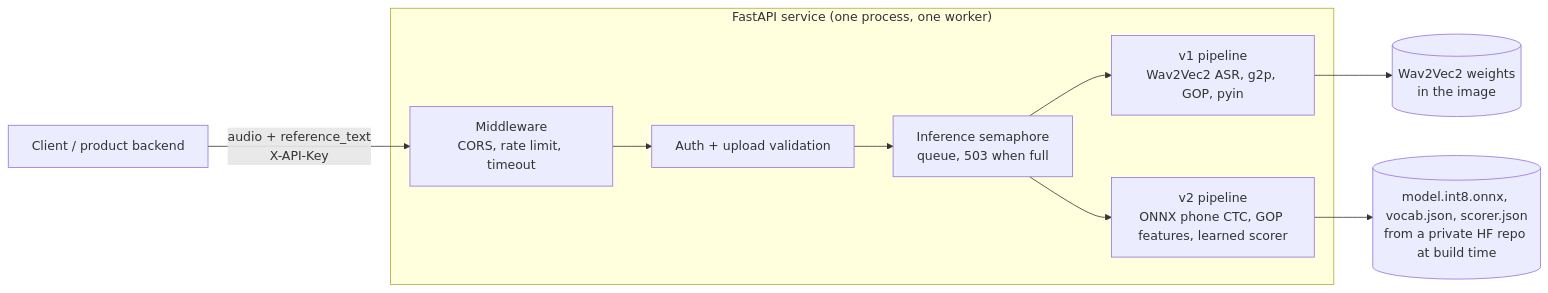
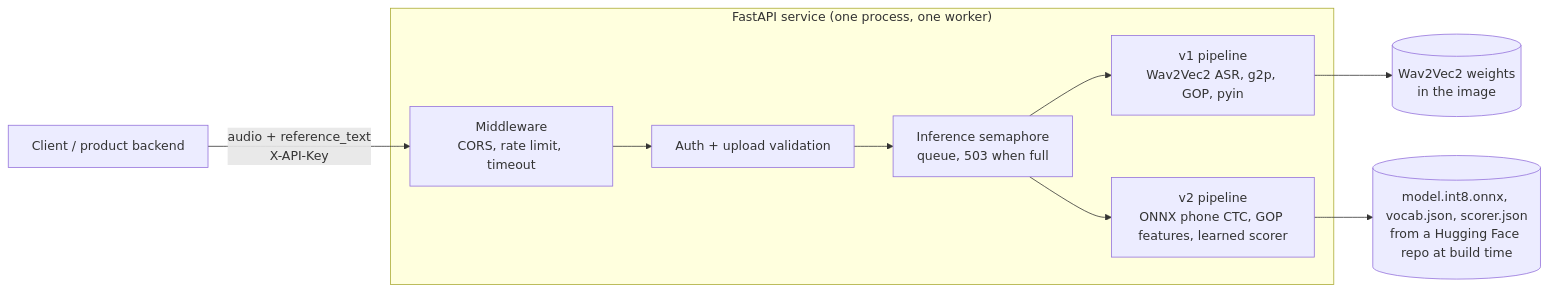
One commit to dris1153/pronunciation-service changed the first of 2 diagrams in README.md. Above: the diagram before and after it, drawn with Mermaid. The commit also changed other lines of this file and 12 other files, not shown here.

First line of the commit message:
docs: v2 model repo is public, HF token is optional

````diff
--- a/README.md
+++ b/README.md
@@ -49,12 +49,12 @@
 ```mermaid
 flowchart LR
     client["Client / product backend"] -->|"audio + reference_text<br/>X-API-Key"| mw
     subgraph svc["FastAPI service (one process, one worker)"]
         mw["Middleware<br/>CORS, rate limit, timeout"] --> val["Auth + upload validation"]
         val --> sem["Inference semaphore<br/>queue, 503 when full"]
         sem --> v1["v1 pipeline<br/>Wav2Vec2 ASR, g2p, GOP, pyin"]
         sem --> v2["v2 pipeline<br/>ONNX phone CTC, GOP features, learned scorer"]
     end
     v1 --> w1[("Wav2Vec2 weights<br/>in the image")]
-    v2 --> w2[("model.int8.onnx, vocab.json, scorer.json<br/>from a private HF repo at build time")]
+    v2 --> w2[("model.int8.onnx, vocab.json, scorer.json<br/>from a Hugging Face repo at build time")]
 ```
````
